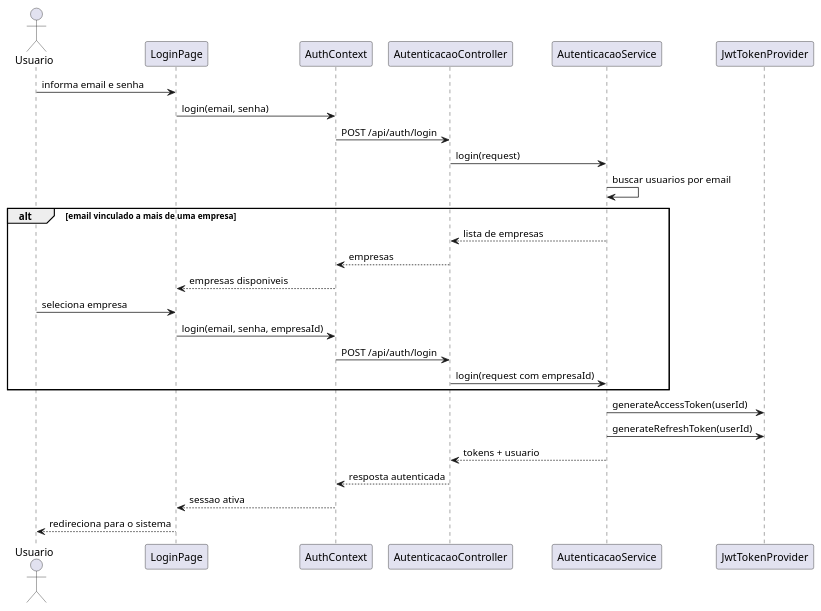
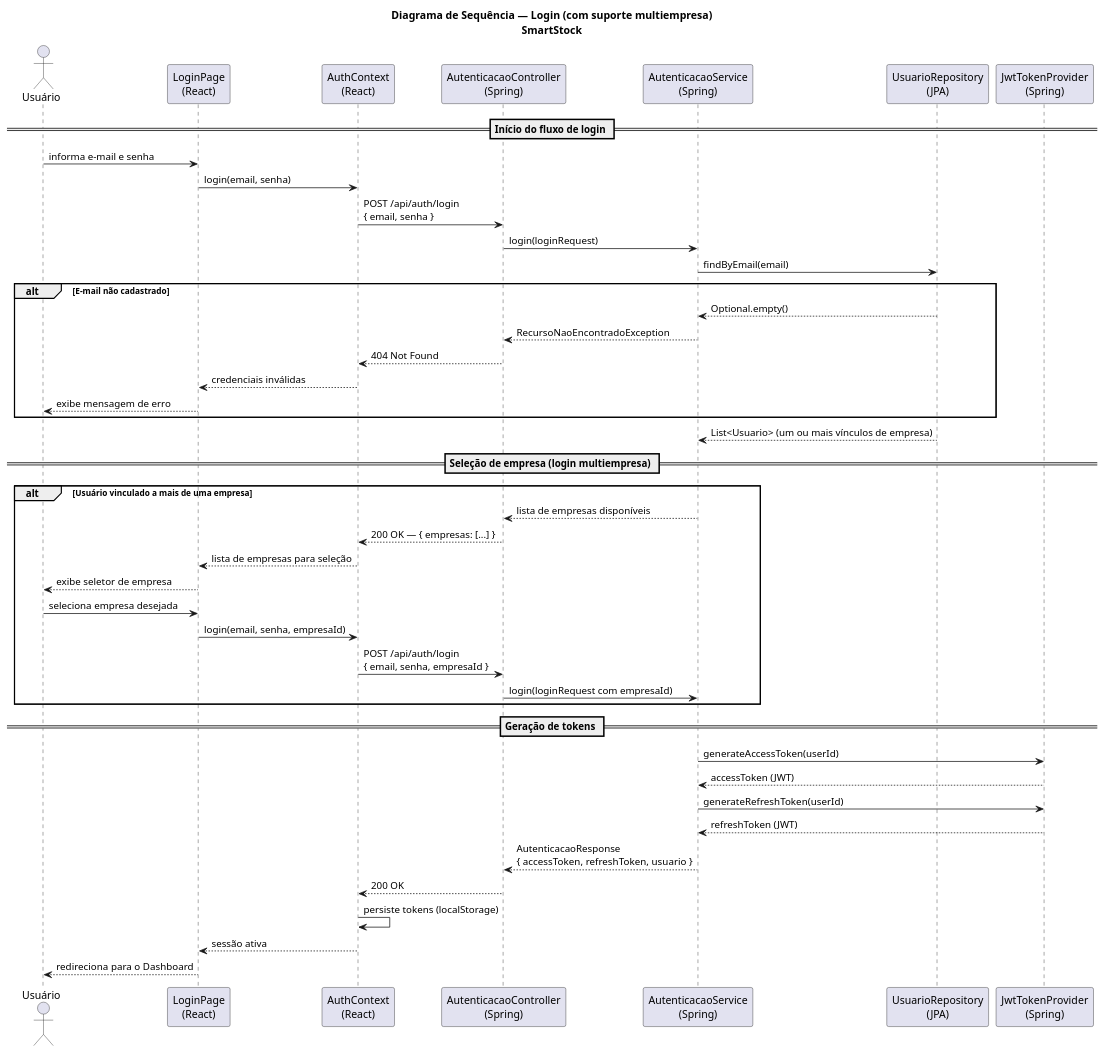
One commit to EduardoPereirabsi/Sistema-de-Gestao-de-Estoque changed the diagram in docs/uml/sequencia-login-multiempresa.puml. Above: the diagram before and after it, drawn with PlantUML. The commit also changed 6 other files, not shown here.

First line of the commit message:
docs(uml): adiciona diagramas UML completos para RA2

```diff
--- a/docs/uml/sequencia-login-multiempresa.puml
+++ b/docs/uml/sequencia-login-multiempresa.puml
@@ -1,31 +1,54 @@
-@startuml
-actor Usuario
-participant "LoginPage" as LoginPage
-participant "AuthContext" as AuthContext
-participant "AutenticacaoController" as Controller
-participant "AutenticacaoService" as Service
-participant "JwtTokenProvider" as Jwt
+@startuml sequencia-login
+title Diagrama de Sequência — Login (com suporte multiempresa)\nSmartStock
 
-Usuario -> LoginPage : informa email e senha
+actor "Usuário" as Usuario
+participant "LoginPage\n(React)" as LoginPage
+participant "AuthContext\n(React)" as AuthContext
+participant "AutenticacaoController\n(Spring)" as Controller
+participant "AutenticacaoService\n(Spring)" as Service
+participant "UsuarioRepository\n(JPA)" as Repo
+participant "JwtTokenProvider\n(Spring)" as Jwt
+
+== Início do fluxo de login ==
+
+Usuario -> LoginPage : informa e-mail e senha
 LoginPage -> AuthContext : login(email, senha)
-AuthContext -> Controller : POST /api/auth/login
-Controller -> Service : login(request)
-Service -> Service : buscar usuarios por email
+AuthContext -> Controller : POST /api/auth/login\n{ email, senha }
+Controller -> Service : login(loginRequest)
+Service -> Repo : findByEmail(email)
 
-alt email vinculado a mais de uma empresa
-  Service --> Controller : lista de empresas
-  Controller --> AuthContext : empresas
-  AuthContext --> LoginPage : empresas disponiveis
-  Usuario -> LoginPage : seleciona empresa
-  LoginPage -> AuthContext : login(email, senha, empresaId)
-  AuthContext -> Controller : POST /api/auth/login
-  Controller -> Service : login(request com empresaId)
+alt E-mail não cadastrado
+  Repo --> Service : Optional.empty()
+  Service --> Controller : RecursoNaoEncontradoException
+  Controller --> AuthContext : 404 Not Found
+  AuthContext --> LoginPage : credenciais inválidas
+  LoginPage --> Usuario : exibe mensagem de erro
 end
 
+Repo --> Service : List<Usuario> (um ou mais vínculos de empresa)
+
+== Seleção de empresa (login multiempresa) ==
+
+alt Usuário vinculado a mais de uma empresa
+  Service --> Controller : lista de empresas disponíveis
+  Controller --> AuthContext : 200 OK — { empresas: [...] }
+  AuthContext --> LoginPage : lista de empresas para seleção
+  LoginPage --> Usuario : exibe seletor de empresa
+  Usuario -> LoginPage : seleciona empresa desejada
+  LoginPage -> AuthContext : login(email, senha, empresaId)
+  AuthContext -> Controller : POST /api/auth/login\n{ email, senha, empresaId }
+  Controller -> Service : login(loginRequest com empresaId)
+end
+
+== Geração de tokens ==
+
 Service -> Jwt : generateAccessToken(userId)
+Jwt --> Service : accessToken (JWT)
 Service -> Jwt : generateRefreshToken(userId)
-Service --> Controller : tokens + usuario
-Controller --> AuthContext : resposta autenticada
-AuthContext --> LoginPage : sessao ativa
-LoginPage --> Usuario : redireciona para o sistema
+Jwt --> Service : refreshToken (JWT)
+Service --> Controller : AutenticacaoResponse\n{ accessToken, refreshToken, usuario }
+Controller --> AuthContext : 200 OK
+AuthContext -> AuthContext : persiste tokens (localStorage)
+AuthContext --> LoginPage : sessão ativa
+LoginPage --> Usuario : redireciona para o Dashboard
 @enduml
```
